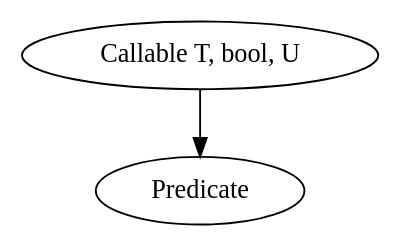
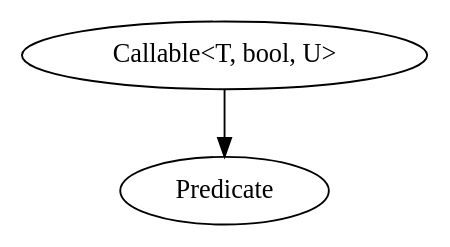
The fourth of 6 diagrams in docs/source/Concepts/Core.rst (mmha/bibi), drawn with Graphviz before and after one commit. The commit also changed other lines of this file and 8 other files, not shown here.

```diff
--- a/docs/source/Concepts/Core.rst
+++ b/docs/source/Concepts/Core.rst
@@ -137,5 +137,5 @@
 .. graphviz::
 
      digraph g {
-		"Callable T, bool, U" -> Predicate;
+		"Callable<T, bool, U>" -> Predicate;
      }
```
